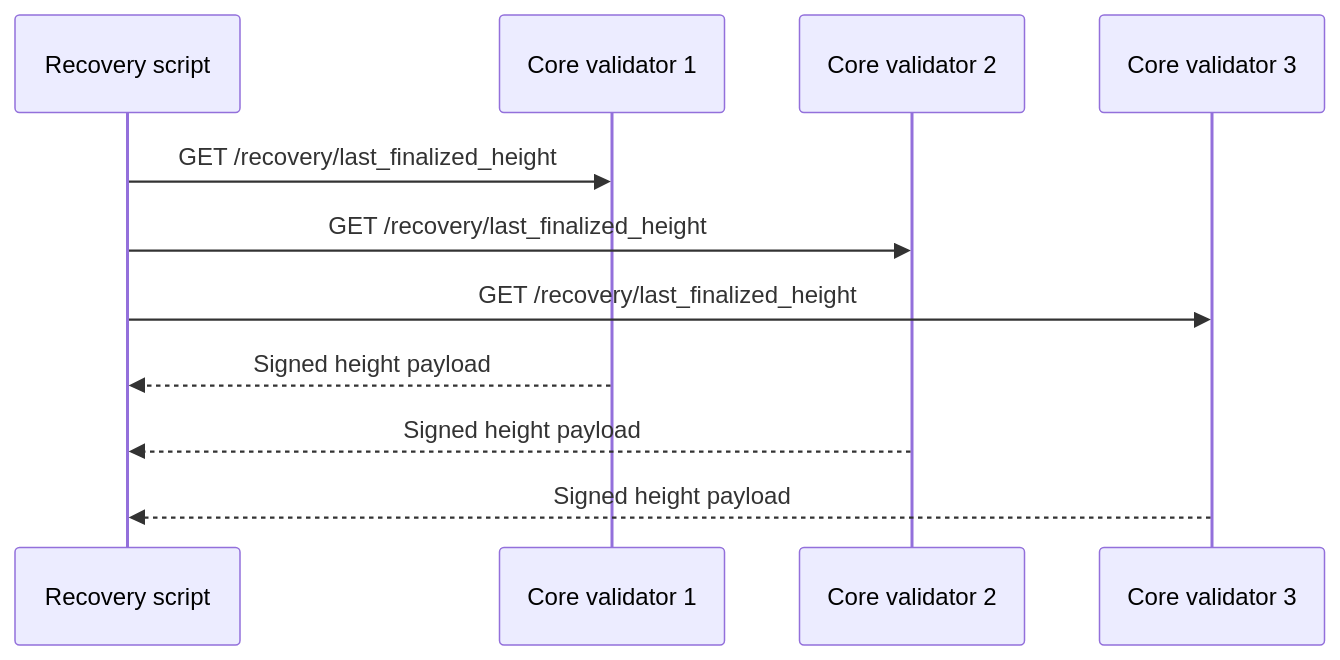
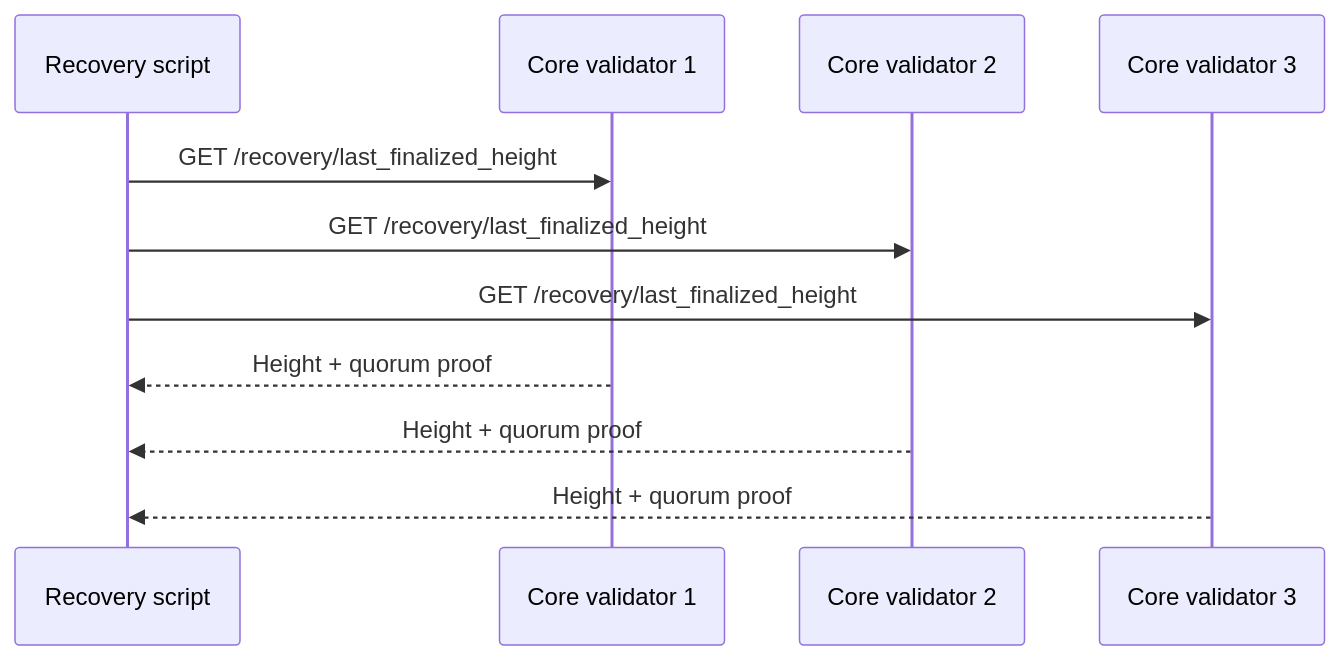
One commit to ModulrCloud/modulr-core changed the seventh of 9 diagrams in wiki/recovery_description.md. Above: the diagram before and after it, drawn with Mermaid. The commit also changed other lines of this file and 1 other file, not shown here.

````diff
--- a/wiki/recovery_description.md
+++ b/wiki/recovery_description.md
@@ -148,15 +148,15 @@
 ```mermaid
 sequenceDiagram
     participant Script as Recovery script
     participant V1 as Core validator 1
     participant V2 as Core validator 2
     participant V3 as Core validator 3
 
     Script->>V1: GET /recovery/last_finalized_height
     Script->>V2: GET /recovery/last_finalized_height
     Script->>V3: GET /recovery/last_finalized_height
 
-    V1-->>Script: Signed height payload
-    V2-->>Script: Signed height payload
-    V3-->>Script: Signed height payload
+    V1-->>Script: Height + quorum proof
+    V2-->>Script: Height + quorum proof
+    V3-->>Script: Height + quorum proof
 ```
````
